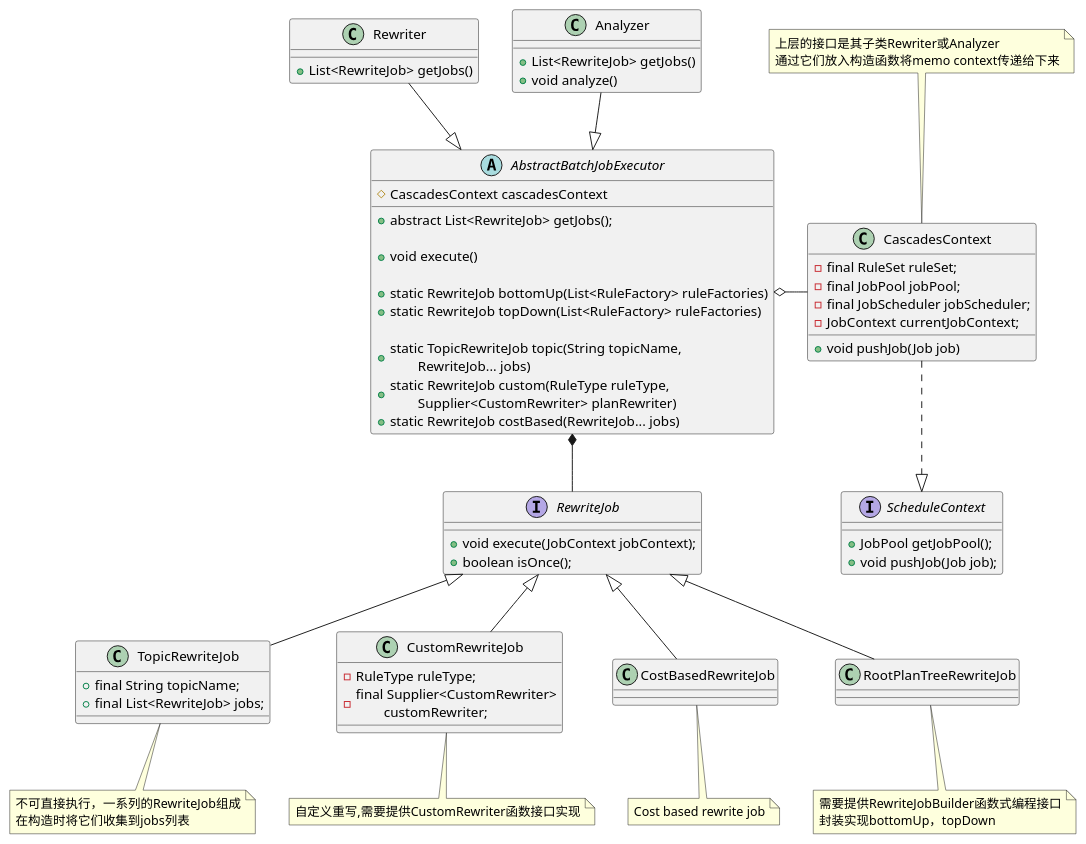
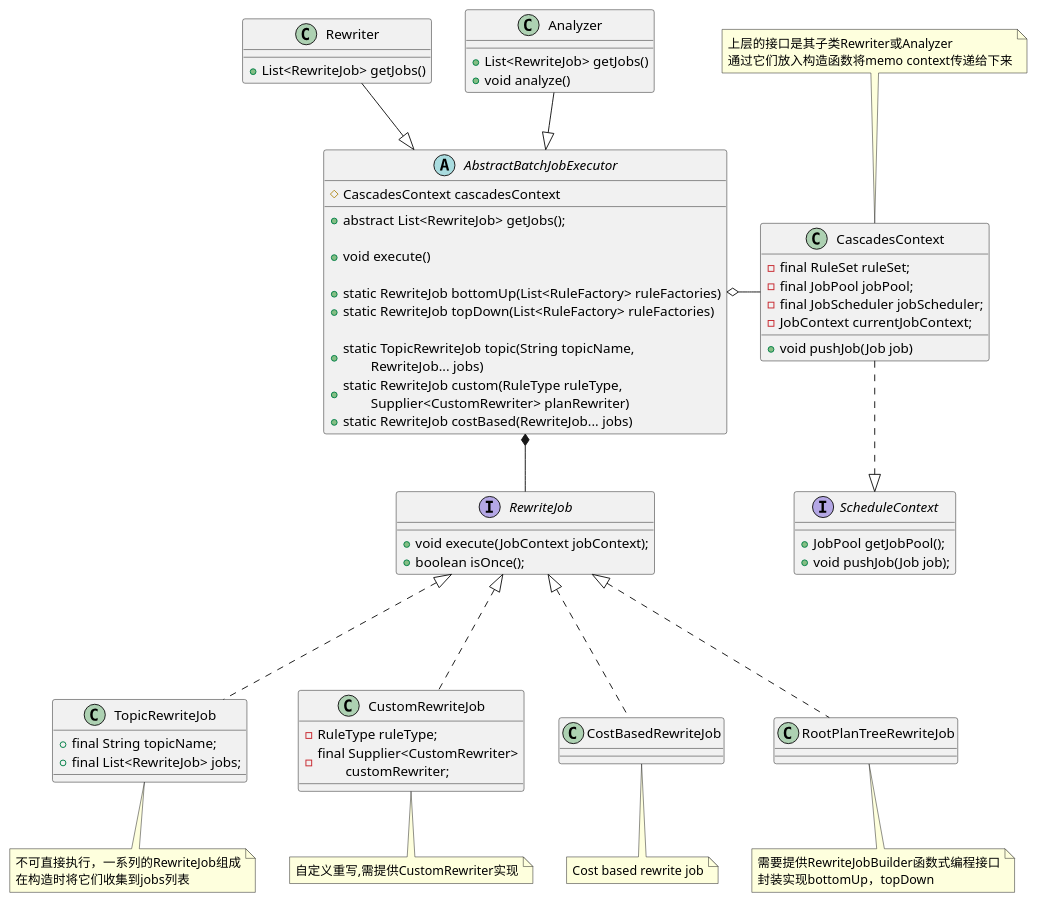
The first of 5 diagrams in doc/DB/Doris/SourceRead/01_00_RewriteFramework.md (DepInjoy/geektime), drawn with PlantUML before and after one commit. The commit also changed other lines of this file and 2 other files, not shown here.

Commit message:
Rewrite Framework整理

````diff
--- a/doc/DB/Doris/SourceRead/01_00_RewriteFramework.md
+++ b/doc/DB/Doris/SourceRead/01_00_RewriteFramework.md
@@ -1,74 +1,74 @@
 ```plantuml
 @startuml
 abstract class AbstractBatchJobExecutor {
     # CascadesContext cascadesContext
     + abstract List<RewriteJob> getJobs();
 
     + void execute()
 
     + static RewriteJob bottomUp(List<RuleFactory> ruleFactories)
     + static RewriteJob topDown(List<RuleFactory> ruleFactories)
 
     + static TopicRewriteJob topic(String topicName,\n\tRewriteJob... jobs)
     + static RewriteJob custom(RuleType ruleType,\n\tSupplier<CustomRewriter> planRewriter)
     + static RewriteJob costBased(RewriteJob... jobs)
 }
 
 class Rewriter {
     + List<RewriteJob> getJobs()
 }
 
 class Analyzer {
     + List<RewriteJob> getJobs()
     + void analyze()
 }
 interface RewriteJob {
     + void execute(JobContext jobContext);
     + boolean isOnce();
 }
 
 class CascadesContext {
     - final RuleSet ruleSet;
     - final JobPool jobPool;
     - final JobScheduler jobScheduler;
     - JobContext currentJobContext;
     + void pushJob(Job job)
 }
 note top of CascadesContext : 上层的接口是其子类Rewriter或Analyzer\n通过它们放入构造函数将memo context传递给下来
 
 interface ScheduleContext {
     + JobPool getJobPool();
     + void pushJob(Job job);
 }
 
 class TopicRewriteJob {
     + final String topicName;
     + final List<RewriteJob> jobs;
 }
 note bottom : 不可直接执行，一系列的RewriteJob组成\n在构造时将它们收集到jobs列表
 
 class CustomRewriteJob {
     - RuleType ruleType;
     - final Supplier<CustomRewriter>\n\tcustomRewriter;
 }
-note bottom:自定义重写,需要提供CustomRewriter函数接口实现
+note bottom:自定义重写,需提供CustomRewriter实现
 
 class CostBasedRewriteJob{}
 note bottom: Cost based rewrite job
 
 class RootPlanTreeRewriteJob {}
 note bottom: 需要提供RewriteJobBuilder函数式编程接口\n封装实现bottomUp，topDown
 Rewriter -down-|> AbstractBatchJobExecutor
 Analyzer -down-|> AbstractBatchJobExecutor
 
 CascadesContext -left-o AbstractBatchJobExecutor
 
 CascadesContext -down.|> ScheduleContext
 RewriteJob -up-* AbstractBatchJobExecutor
-TopicRewriteJob -up-|> RewriteJob
-CustomRewriteJob -up-|> RewriteJob
+TopicRewriteJob -up..|> RewriteJob
+CustomRewriteJob -up..|> RewriteJob
 
-CostBasedRewriteJob -up-|> RewriteJob
-RootPlanTreeRewriteJob -up-|> RewriteJob
+CostBasedRewriteJob -up..|> RewriteJob
+RootPlanTreeRewriteJob -up..|> RewriteJob
 @enduml
 ```
````
